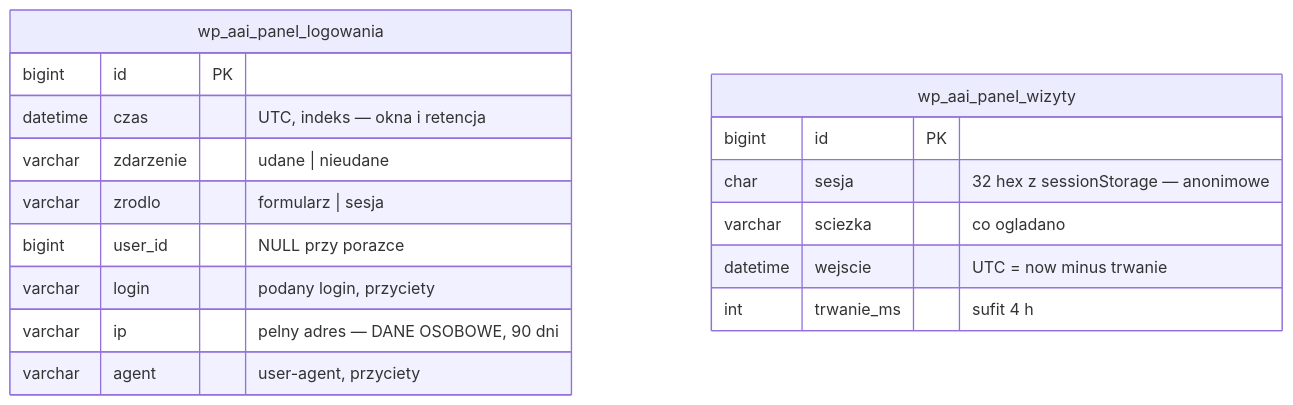
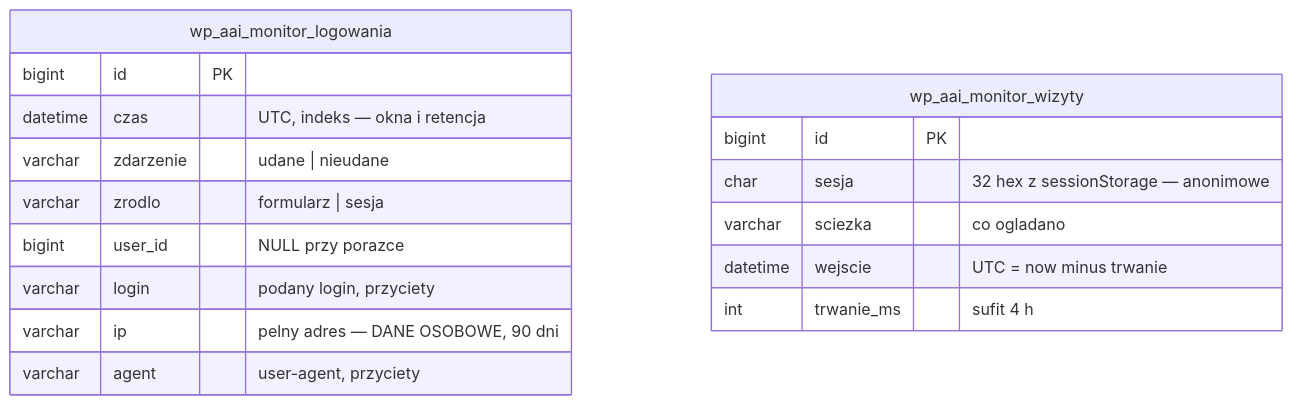
The second of 4 diagrams in docs/plugin-3/DIAGRAM.md (krzysiek2115op/aai-platforma-szkolen), drawn with Mermaid before and after one commit. The commit also changed other lines of this file and 1 other file, not shown here.

````diff
--- a/docs/plugin-3/DIAGRAM.md
+++ b/docs/plugin-3/DIAGRAM.md
@@ -192,20 +193,20 @@
 ```mermaid
 erDiagram
-    wp_aai_panel_logowania {
+    wp_aai_monitor_logowania {
         bigint id PK
         datetime czas "UTC, indeks — okna i retencja"
         varchar zdarzenie "udane | nieudane"
         varchar zrodlo "formularz | sesja"
         bigint user_id "NULL przy porazce"
         varchar login "podany login, przyciety"
         varchar ip "pelny adres — DANE OSOBOWE, 90 dni"
         varchar agent "user-agent, przyciety"
     }
-    wp_aai_panel_wizyty {
+    wp_aai_monitor_wizyty {
         bigint id PK
         char sesja "32 hex z sessionStorage — anonimowe"
         varchar sciezka "co ogladano"
         datetime wejscie "UTC = now minus trwanie"
         int trwanie_ms "sufit 4 h"
     }
 ```
````
